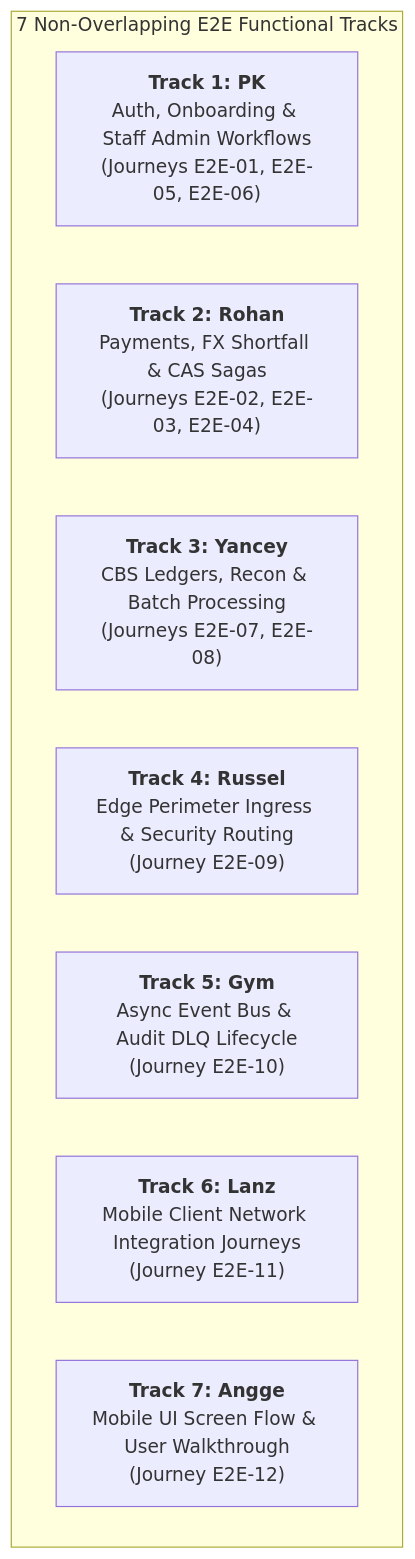
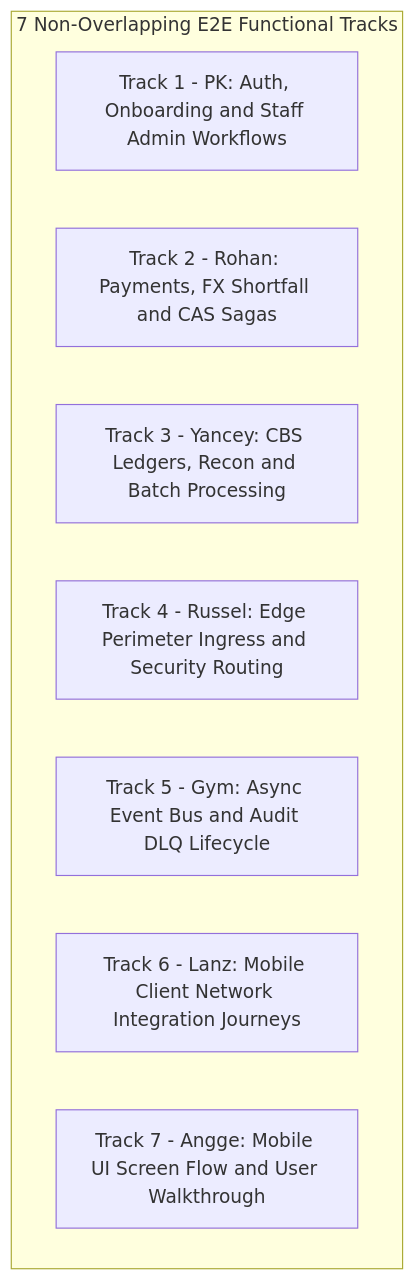
The diagram in docs/E2E_TEST_PLAN.md (integrated-capstone-group-1/cloud-staging-test), drawn with Mermaid before and after one commit. The commit also changed 4 other files, not shown here.

Commit message:
docs: Mermaid diagram rendering

````diff
--- a/docs/E2E_TEST_PLAN.md
+++ b/docs/E2E_TEST_PLAN.md
@@ -25,12 +25,12 @@
 ```mermaid
 flowchart TD
     subgraph E2ETracks["7 Non-Overlapping E2E Functional Tracks"]
-        PK_Track["<b>Track 1: PK</b><br/>Auth, Onboarding & Staff Admin Workflows<br/>(Journeys E2E-01, E2E-05, E2E-06)"]
-        ROH_Track["<b>Track 2: Rohan</b><br/>Payments, FX Shortfall & CAS Sagas<br/>(Journeys E2E-02, E2E-03, E2E-04)"]
-        YAN_Track["<b>Track 3: Yancey</b><br/>CBS Ledgers, Recon & Batch Processing<br/>(Journeys E2E-07, E2E-08)"]
-        RUS_Track["<b>Track 4: Russel</b><br/>Edge Perimeter Ingress & Security Routing<br/>(Journey E2E-09)"]
-        GYM_Track["<b>Track 5: Gym</b><br/>Async Event Bus & Audit DLQ Lifecycle<br/>(Journey E2E-10)"]
-        LAN_Track["<b>Track 6: Lanz</b><br/>Mobile Client Network Integration Journeys<br/>(Journey E2E-11)"]
-        ANG_Track["<b>Track 7: Angge</b><br/>Mobile UI Screen Flow & User Walkthrough<br/>(Journey E2E-12)"]
+        PK_Track["Track 1 - PK: Auth, Onboarding and Staff Admin Workflows"]
+        ROH_Track["Track 2 - Rohan: Payments, FX Shortfall and CAS Sagas"]
+        YAN_Track["Track 3 - Yancey: CBS Ledgers, Recon and Batch Processing"]
+        RUS_Track["Track 4 - Russel: Edge Perimeter Ingress and Security Routing"]
+        GYM_Track["Track 5 - Gym: Async Event Bus and Audit DLQ Lifecycle"]
+        LAN_Track["Track 6 - Lanz: Mobile Client Network Integration Journeys"]
+        ANG_Track["Track 7 - Angge: Mobile UI Screen Flow and User Walkthrough"]
     end
 ```
````
